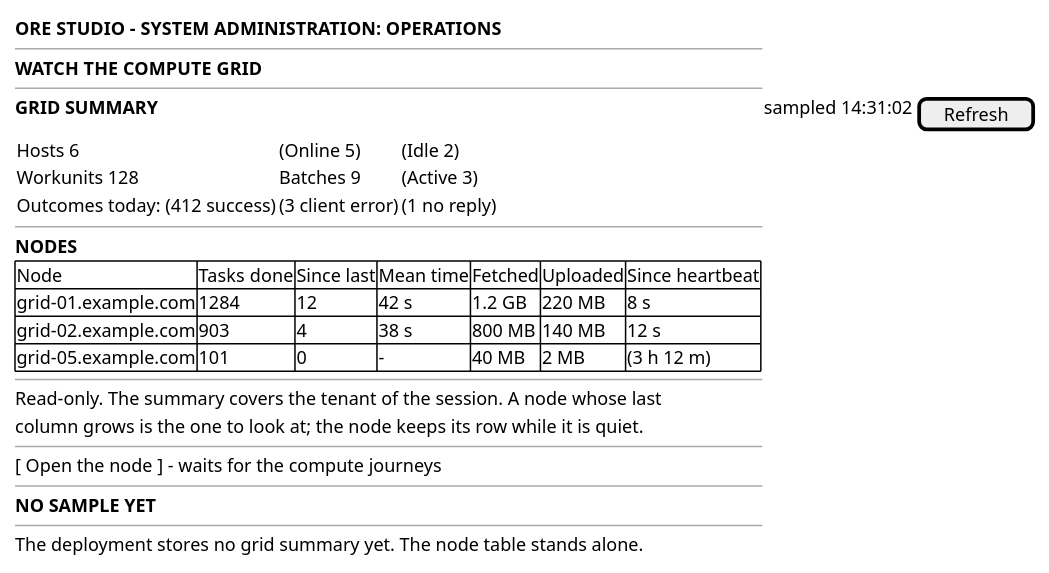
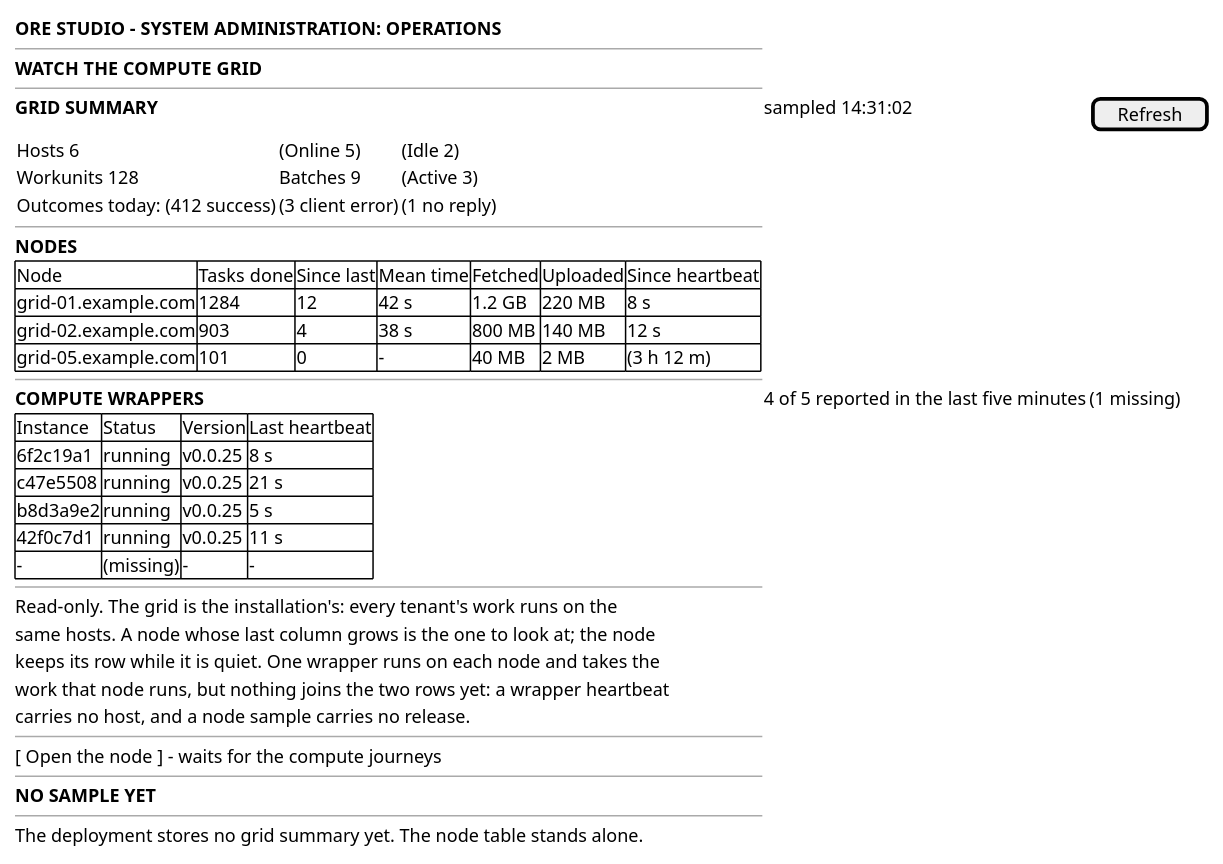
The diagram in doc/knowledge/journeys/operations/wireframe_watch_the_compute_grid.puml (OreStudio/OreStudio), drawn with PlantUML before and after one commit. The commit also changed 19 other files, not shown here.

```diff
--- a/doc/knowledge/journeys/operations/wireframe_watch_the_compute_grid.puml
+++ b/doc/knowledge/journeys/operations/wireframe_watch_the_compute_grid.puml
@@ -18,34 +18,47 @@
 @startuml
 
 salt
 {
   <b>ORE STUDIO - SYSTEM ADMINISTRATION: OPERATIONS</b>
   --
   <b>WATCH THE COMPUTE GRID</b>
   --
   <b>GRID SUMMARY</b> | sampled 14:31:02 | [ Refresh ]
   {
     Hosts 6 | (Online 5) | (Idle 2)
     Workunits 128 | Batches 9 | (Active 3)
     Outcomes today: (412 success) | (3 client error) | (1 no reply)
   }
   --
   <b>NODES</b>
   {#
     Node | Tasks done | Since last | Mean time | Fetched | Uploaded | Since heartbeat
     grid-01.example.com | 1284 | 12 | 42 s | 1.2 GB | 220 MB | 8 s
     grid-02.example.com | 903 | 4 | 38 s | 800 MB | 140 MB | 12 s
     grid-05.example.com | 101 | 0 | - | 40 MB | 2 MB | (3 h 12 m)
   }
   --
-  Read-only. The summary covers the tenant of the session. A node whose last
-  column grows is the one to look at; the node keeps its row while it is quiet.
+  <b>COMPUTE WRAPPERS</b> | 4 of 5 reported in the last five minutes | (1 missing)
+  {#
+    Instance | Status | Version | Last heartbeat
+    6f2c19a1 | running | v0.0.25 | 8 s
+    c47e5508 | running | v0.0.25 | 21 s
+    b8d3a9e2 | running | v0.0.25 | 5 s
+    42f0c7d1 | running | v0.0.25 | 11 s
+    - | (missing) | - | -
+  }
+  --
+  Read-only. The grid is the installation's: every tenant's work runs on the
+  same hosts. A node whose last column grows is the one to look at; the node
+  keeps its row while it is quiet. One wrapper runs on each node and takes the
+  work that node runs, but nothing joins the two rows yet: a wrapper heartbeat
+  carries no host, and a node sample carries no release.
   --
   [ Open the node ] - waits for the compute journeys
   --
   <b>NO SAMPLE YET</b>
   --
   The deployment stores no grid summary yet. The node table stands alone.
 }
 
 @enduml
```
